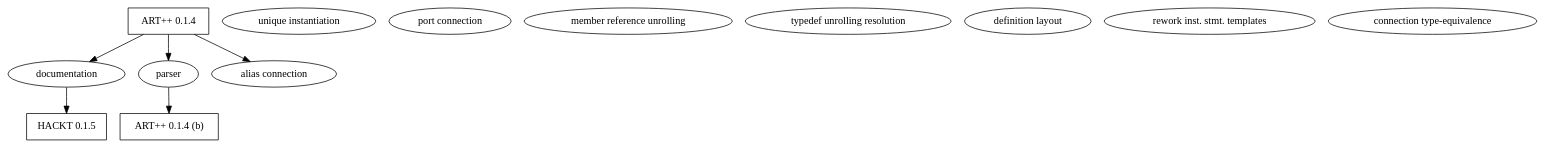
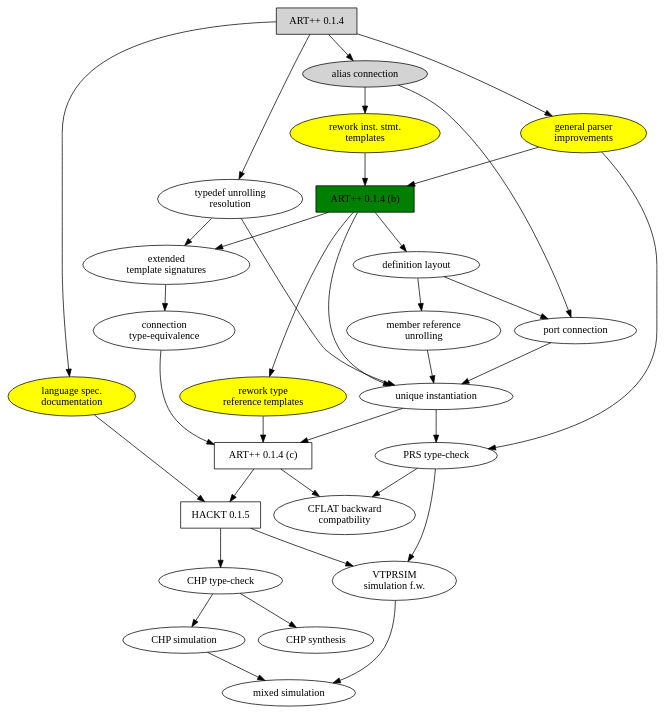
One commit to fangism/hackt changed the diagram in DevelopmentPlan.dot. Above: the diagram before and after it, drawn with Graphviz.

Commit message:
fleshed-out near-future development plan in dot

```diff
--- a/DevelopmentPlan.dot
+++ b/DevelopmentPlan.dot
@@ -1,28 +1,74 @@
 # "DevelopmentPlan.dot"
 
 digraph G {
 
-ARTXX_00_01_04		[shape=box, label="ART++ 0.1.4"];
-ARTXX_00_01_04_b	[shape=box, label="ART++ 0.1.4 (b)"];
+ARTXX_00_01_04		[shape=box, style=filled, label="ART++ 0.1.4"];
+ARTXX_00_01_04_b	[shape=box, style=filled, fillcolor=green, 
+				label="ART++ 0.1.4 (b)"];
+ARTXX_00_01_04_c	[shape=box, label="ART++ 0.1.4 (c)"];
 ARTXX_00_01_05		[shape=box, label="HACKT 0.1.5"];
 
-DOCS_00_01_04		[shape=ellipse, label="documentation"];
-PARSER_00_01_04		[shape=ellipse, label="parser"];
+DOCS_00_01_04		[shape=ellipse, style=filled, fillcolor=yellow, 
+				label="language spec.\ndocumentation"];
+PARSER_00_01_04		[shape=ellipse, style=filled, fillcolor=yellow,
+				label="general parser\nimprovements"];
 UNIQUE_00_01_04		[shape=ellipse, label="unique instantiation"];
-ALIAS_00_01_04		[shape=ellipse, label="alias connection"];
+ALIAS_00_01_04		[shape=ellipse, style=filled, label="alias connection"];
 PORT_00_01_04		[shape=ellipse, label="port connection"];
-MEMBER_00_01_04		[shape=ellipse, label="member reference unrolling"];
-TYPEDEF_00_01_04	[shape=ellipse, label="typedef unrolling resolution"];
+MEMBER_00_01_04		[shape=ellipse, label="member reference\nunrolling"];
+TYPEDEF_00_01_04	[shape=ellipse, label="typedef unrolling\nresolution"];
 DEFLAYOUT_00_01_04	[shape=ellipse, label="definition layout"];
-INSTSTMT_00_01_04	[shape=ellipse, label="rework inst. stmt. templates"];
-CONNECTEQ_00_01_04	[shape=ellipse, label="connection type-equivalence"];
+INSTSTMT_00_01_04	[shape=ellipse, style=filled, fillcolor=yellow,
+				label="rework inst. stmt.\ntemplates"];
+TYPEREF_00_01_04	[shape=ellipse, style=filled, fillcolor=yellow,
+				label="rework type\nreference templates"];
+EXTTEMPLATE_00_01_04	[shape=ellipse, label="extended\ntemplate signatures"];
+CONNECTEQ_00_01_04	[shape=ellipse, label="connection\ntype-equivalence"];
+CFLAT_00_01_04		[shape=ellipse, label="CFLAT backward\ncompatbility"];
+PRS_00_01_04		[shape=ellipse, label="PRS type-check"];
 
 ARTXX_00_01_04 -> DOCS_00_01_04;
 ARTXX_00_01_04 -> PARSER_00_01_04;
 ARTXX_00_01_04 -> ALIAS_00_01_04;
 PARSER_00_01_04 -> ARTXX_00_01_04_b;
+ALIAS_00_01_04 -> PORT_00_01_04;
+PORT_00_01_04 -> UNIQUE_00_01_04;
+MEMBER_00_01_04 -> UNIQUE_00_01_04;
+UNIQUE_00_01_04 -> ARTXX_00_01_04_c;
+ARTXX_00_01_04_b -> DEFLAYOUT_00_01_04;
+EXTTEMPLATE_00_01_04 -> CONNECTEQ_00_01_04;
+ARTXX_00_01_04 -> TYPEDEF_00_01_04;
+DEFLAYOUT_00_01_04 -> MEMBER_00_01_04;
+DEFLAYOUT_00_01_04 -> PORT_00_01_04;
+ALIAS_00_01_04 -> INSTSTMT_00_01_04;
+INSTSTMT_00_01_04 -> ARTXX_00_01_04_b;
+ARTXX_00_01_04_b -> EXTTEMPLATE_00_01_04;
+ARTXX_00_01_04_b -> TYPEREF_00_01_04;
+TYPEREF_00_01_04 -> ARTXX_00_01_04_c;
+TYPEDEF_00_01_04 -> UNIQUE_00_01_04;
+TYPEDEF_00_01_04 -> EXTTEMPLATE_00_01_04;
+ARTXX_00_01_04_b -> UNIQUE_00_01_04;
+PARSER_00_01_04 -> PRS_00_01_04;
+UNIQUE_00_01_04 -> PRS_00_01_04;
 
-
+ARTXX_00_01_04_c -> ARTXX_00_01_05;
+PRS_00_01_04 -> CFLAT_00_01_04;
+ARTXX_00_01_04_c -> CFLAT_00_01_04;
+CONNECTEQ_00_01_04 -> ARTXX_00_01_04_c;
 DOCS_00_01_04 -> ARTXX_00_01_05;
 
+CHP_00_01_05		[shape=ellipse, label="CHP type-check"];
+CHPSYNTH_00_01_05	[shape=ellipse, label="CHP synthesis"];
+CHPSIM_00_01_05		[shape=ellipse, label="CHP simulation"];
+VTPRSIM_00_01_05	[shape=ellipse, label="VTPRSIM\nsimulation f.w."];
+MIXSIM_00_01_05		[shape=ellipse, label="mixed simulation"];
+
+ARTXX_00_01_05 -> CHP_00_01_05;
+CHP_00_01_05 -> CHPSYNTH_00_01_05;
+CHP_00_01_05 -> CHPSIM_00_01_05;
+PRS_00_01_04 -> VTPRSIM_00_01_05;
+ARTXX_00_01_05 -> VTPRSIM_00_01_05;
+VTPRSIM_00_01_05 -> MIXSIM_00_01_05;
+CHPSIM_00_01_05 -> MIXSIM_00_01_05;
+
 }
```
